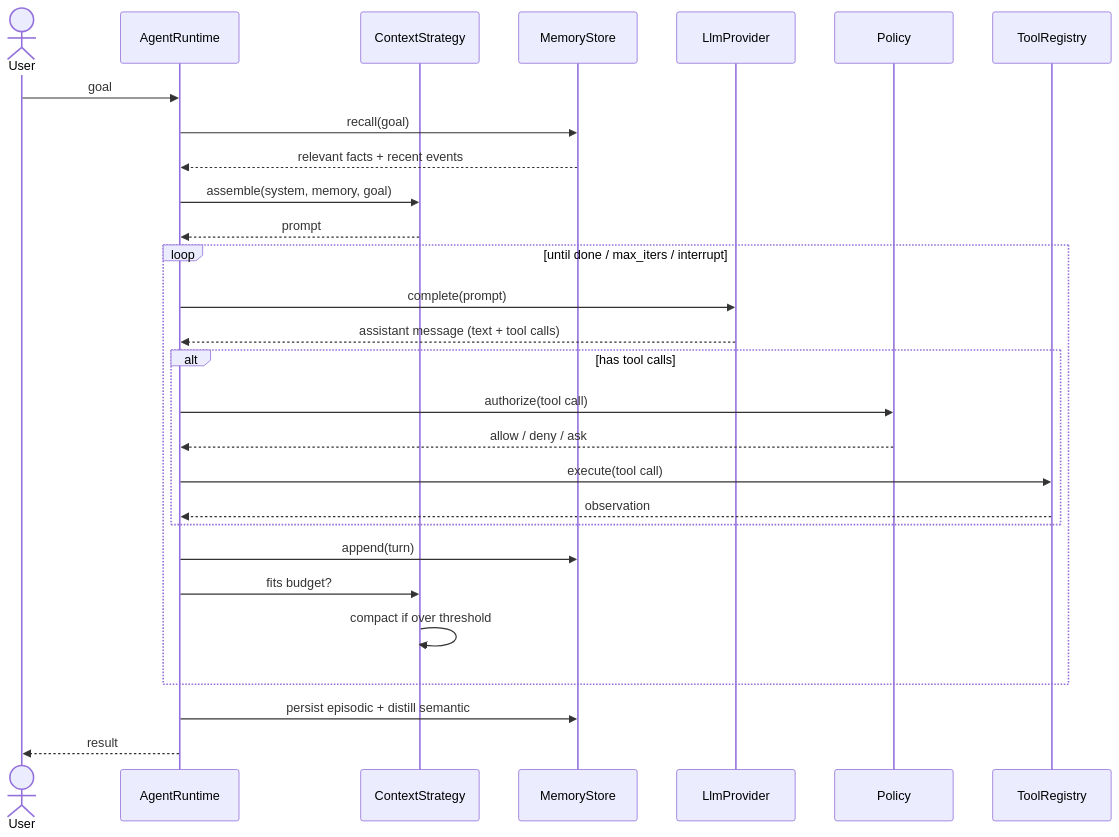
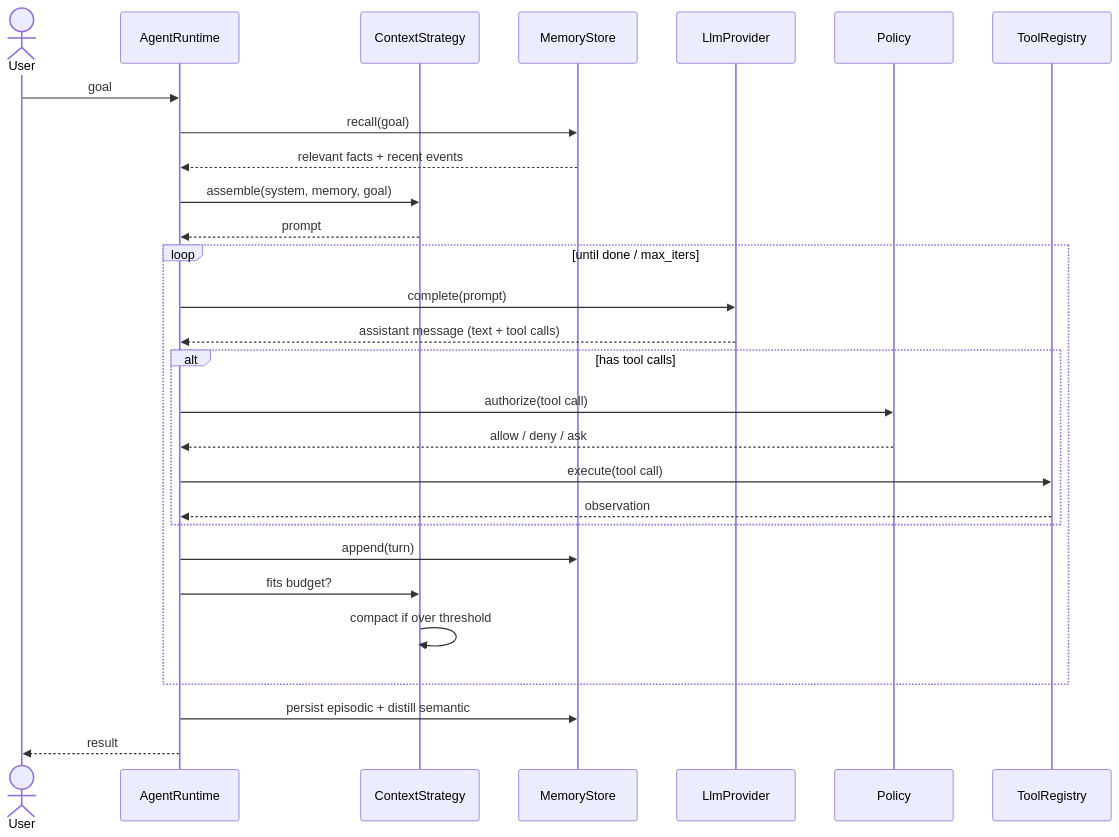
The first of 3 diagrams in DESIGN.md (randomizedcoder/agent-seddon), drawn with Mermaid before and after one commit. The commit also changed other lines of this file and 4 other files, not shown here.

````diff
--- a/DESIGN.md
+++ b/DESIGN.md
@@ -62,33 +74,33 @@
 ```mermaid
 sequenceDiagram
     actor User
     participant RT as AgentRuntime
     participant CTX as ContextStrategy
     participant MEM as MemoryStore
     participant LLM as LlmProvider
     participant POL as Policy
     participant TR as ToolRegistry
 
     User->>RT: goal
     RT->>MEM: recall(goal)
     MEM-->>RT: relevant facts + recent events
     RT->>CTX: assemble(system, memory, goal)
     CTX-->>RT: prompt
 
-    loop until done / max_iters / interrupt
+    loop until done / max_iters
         RT->>LLM: complete(prompt)
         LLM-->>RT: assistant message (text + tool calls)
         alt has tool calls
             RT->>POL: authorize(tool call)
             POL-->>RT: allow / deny / ask
             RT->>TR: execute(tool call)
             TR-->>RT: observation
         end
         RT->>MEM: append(turn)
         RT->>CTX: fits budget?
         CTX->>CTX: compact if over threshold
     end
 
     RT->>MEM: persist episodic + distill semantic
     RT-->>User: result
 ```
````
